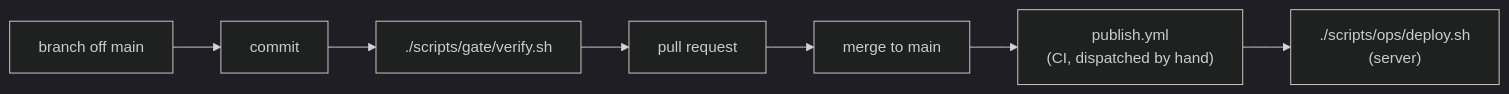
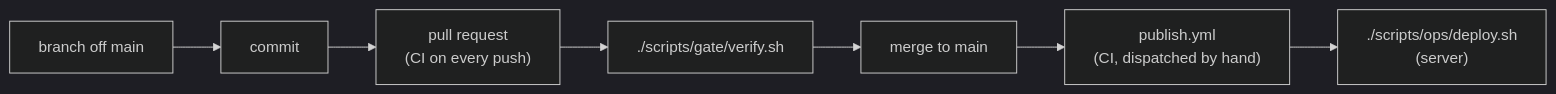
One commit to felzab/frankfurtleague changed the diagram in docs/_git/spec.md. Above: the diagram before and after it, drawn with Mermaid (dark theme). The commit also changed other lines of this file and 9 other files, not shown here.

````diff
--- a/docs/_git/spec.md
+++ b/docs/_git/spec.md
@@ -23,9 +23,9 @@
 ```mermaid
 graph LR
     b["branch off main"] --> c["commit"]
-    c --> v["./scripts/gate/verify.sh"]
-    v --> pr["pull request"]
-    pr --> m["merge to main"]
+    c --> pr["pull request<br/>(CI on every push)"]
+    pr --> v["./scripts/gate/verify.sh"]
+    v --> m["merge to main"]
     m --> p["publish.yml<br/>(CI, dispatched by hand)"]
     p --> d["./scripts/ops/deploy.sh<br/>(server)"]
 ```
````
